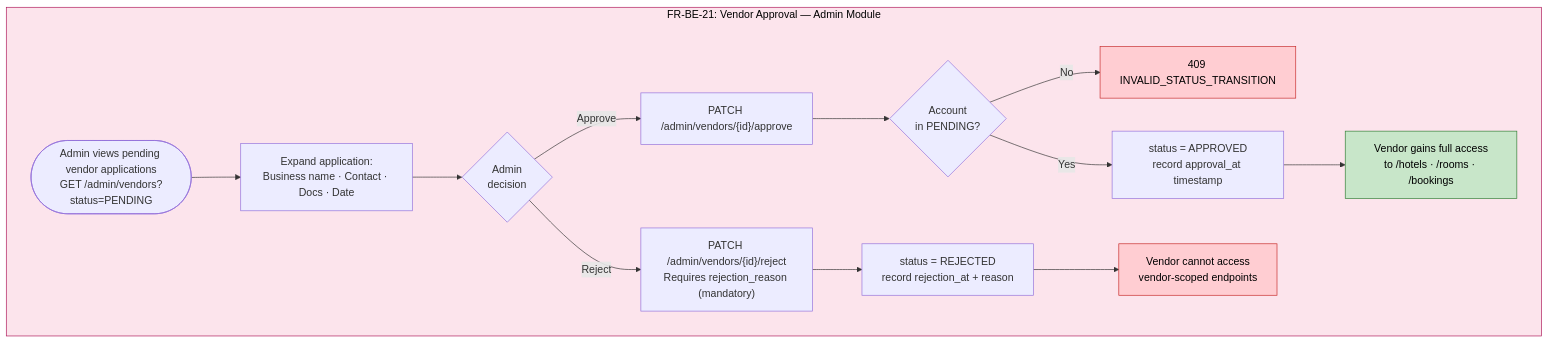
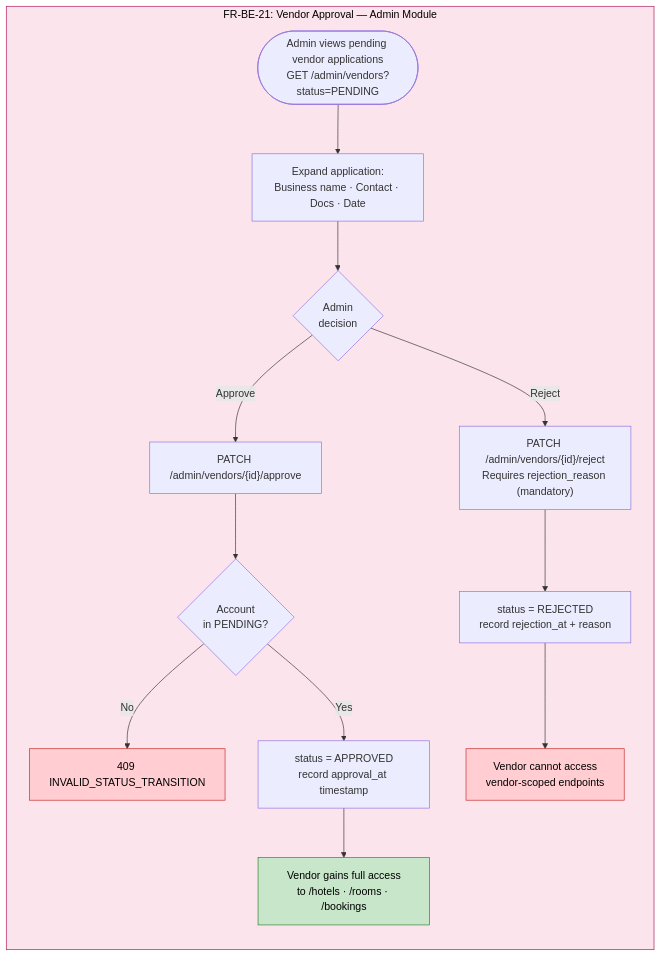
One commit to Habibul-Bashar-Mehedi/APTMS-md-files changed diagram 17 of 37 in requirements/updated-file/new-backend-srs.md. Above: the diagram before and after it, drawn with Mermaid. The commit also changed other lines of this file and 2 other files, not shown here.

````diff
--- a/requirements/updated-file/new-backend-srs.md
+++ b/requirements/updated-file/new-backend-srs.md
@@ -1170,23 +1170,23 @@
 ```mermaid
-flowchart TD
+flowchart LR
     subgraph VENDOR_APPROVAL["FR-BE-21: Vendor Approval — Admin Module"]
         QUEUE(["Admin views pending vendor applications\nGET /admin/vendors?status=PENDING"])
         QUEUE --> REVIEW["Expand application:\nBusiness name · Contact · Docs · Date"]
         REVIEW --> DECISION{Admin\ndecision}
 
         DECISION -->|Approve| APPROVE_PATH["PATCH /admin/vendors/{id}/approve"]
         APPROVE_PATH --> APPROVE_CHK{Account\nin PENDING?}
         APPROVE_CHK -->|No| CONFLICT["409 INVALID_STATUS_TRANSITION"]
         APPROVE_CHK -->|Yes| SET_APPROVED["status = APPROVED\nrecord approval_at timestamp"]
         SET_APPROVED --> FULL_ACCESS["Vendor gains full access\nto /hotels · /rooms · /bookings"]
 
         DECISION -->|Reject| REJECT_PATH["PATCH /admin/vendors/{id}/reject\nRequires rejection_reason (mandatory)"]
         REJECT_PATH --> SET_REJECTED["status = REJECTED\nrecord rejection_at + reason"]
         SET_REJECTED --> NO_ACCESS["Vendor cannot access\nvendor-scoped endpoints"]
     end
 
     style VENDOR_APPROVAL fill:#FCE4EC,stroke:#AD1457,color:#000
     style CONFLICT fill:#FFCDD2,stroke:#C62828,color:#000
     style FULL_ACCESS fill:#C8E6C9,stroke:#2E7D32,color:#000
     style NO_ACCESS fill:#FFCDD2,stroke:#C62828,color:#000
 ```
````
